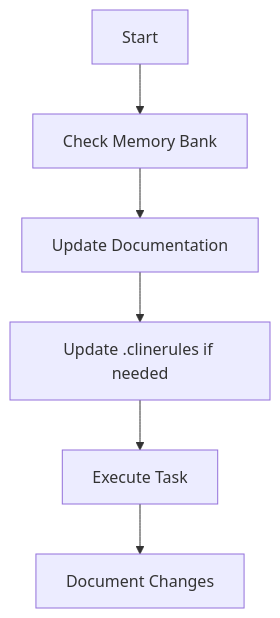
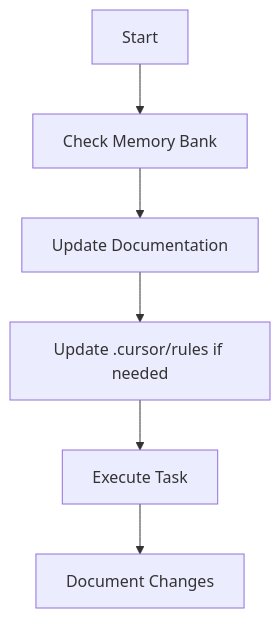
One commit to cityjson/flatcitybuf changed the second of 4 diagrams in .cursor/rules/general.mdc. Above: the diagram before and after it, drawn with Mermaid. The commit also changed 69 other files, not shown here.

````diff
--- a/.cursor/rules/general.mdc
+++ b/.cursor/rules/general.mdc
@@ -72,8 +72,8 @@
 ```mermaid
 flowchart TD
     Start[Start] --> Context[Check Memory Bank]
     Context --> Update[Update Documentation]
-    Update --> Rules[Update .clinerules if needed]
+    Update --> Rules[Update .cursor/rules if needed]
     Rules --> Execute[Execute Task]
     Execute --> Document[Document Changes]
 ```
````
